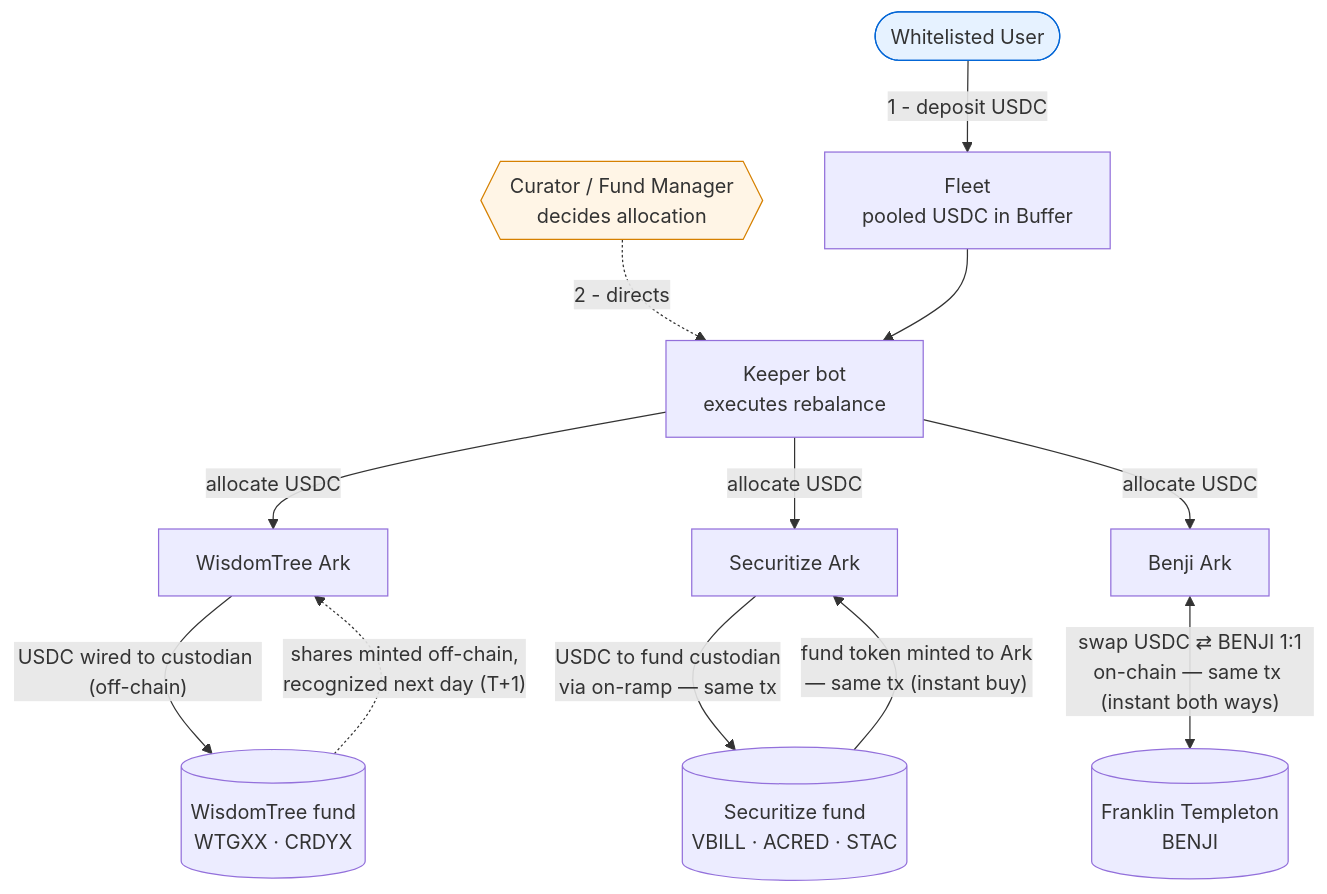
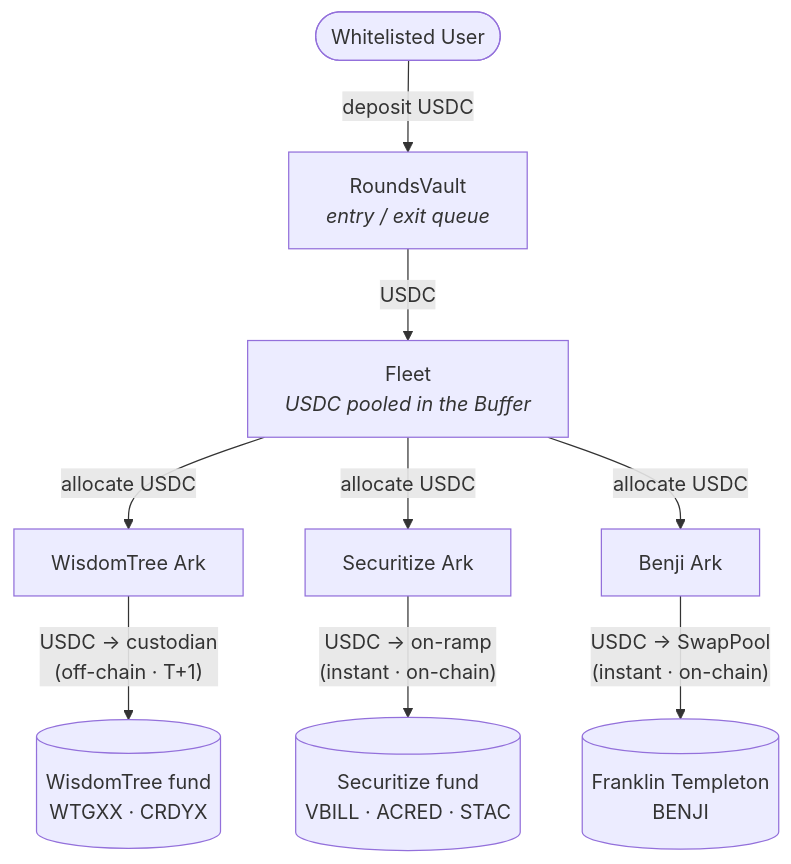
One commit to OasisDEX/summer-earn-protocol changed the fifth of 11 diagrams in packages/core-contracts/src/contracts/rounds-vault/docs/INSTITUTIONAL_REFERENCE.md. Above: the diagram before and after it, drawn with Mermaid. The commit also changed other lines of this file, not shown here.

Commit message:
docs: update institutional reference diagram to reflect RoundsVault integration and updated fund flow logic

````diff
--- a/packages/core-contracts/src/contracts/rounds-vault/docs/INSTITUTIONAL_REFERENCE.md
+++ b/packages/core-contracts/src/contracts/rounds-vault/docs/INSTITUTIONAL_REFERENCE.md
@@ -811,21 +811,13 @@
 ```mermaid
 flowchart TB
-    U([Whitelisted User]):::user -->|"1 - deposit USDC"| FC[Fleet<br/>pooled USDC in Buffer]
-    CFM{{Curator / Fund Manager<br/>decides allocation}}:::mgr -.->|"2 - directs"| K[Keeper bot<br/>executes rebalance]
-    FC --> K
+    U([Whitelisted User]) -->|deposit USDC| RV[RoundsVault<br/><i>entry / exit queue</i>]
+    RV -->|USDC| FC[Fleet<br/><i>USDC pooled in the Buffer</i>]
 
-    K -->|"allocate USDC"| WTA[WisdomTree Ark]
-    K -->|"allocate USDC"| SEA[Securitize Ark]
-    K -->|"allocate USDC"| BEA[Benji Ark]
+    FC -->|allocate USDC| WTA[WisdomTree Ark]
+    FC -->|allocate USDC| SEA[Securitize Ark]
+    FC -->|allocate USDC| BEA[Benji Ark]
 
-    WTA -->|"USDC wired to custodian (off-chain)"| WTP[(WisdomTree fund<br/>WTGXX · CRDYX)]
-    WTP -.->|"shares minted off-chain,<br/>recognized next day (T+1)"| WTA
-
-    SEA -->|"USDC to fund custodian<br/>via on-ramp — same tx"| SEP[(Securitize fund<br/>VBILL · ACRED · STAC)]
-    SEP -->|"fund token minted to Ark<br/>— same tx (instant buy)"| SEA
-
-    BEA <-->|"swap USDC ⇄ BENJI 1:1<br/>on-chain — same tx (instant both ways)"| BEP[(Franklin Templeton<br/>BENJI)]
-
-    classDef user fill:#e6f2ff,stroke:#0366d6;
-    classDef mgr fill:#fff5e6,stroke:#d68000;
+    WTA -->|"USDC → custodian<br/>(off-chain · T+1)"| WTP[(WisdomTree fund<br/>WTGXX · CRDYX)]
+    SEA -->|"USDC → on-ramp<br/>(instant · on-chain)"| SEP[(Securitize fund<br/>VBILL · ACRED · STAC)]
+    BEA -->|"USDC → SwapPool<br/>(instant · on-chain)"| BEP[(Franklin Templeton<br/>BENJI)]
 ```
````
